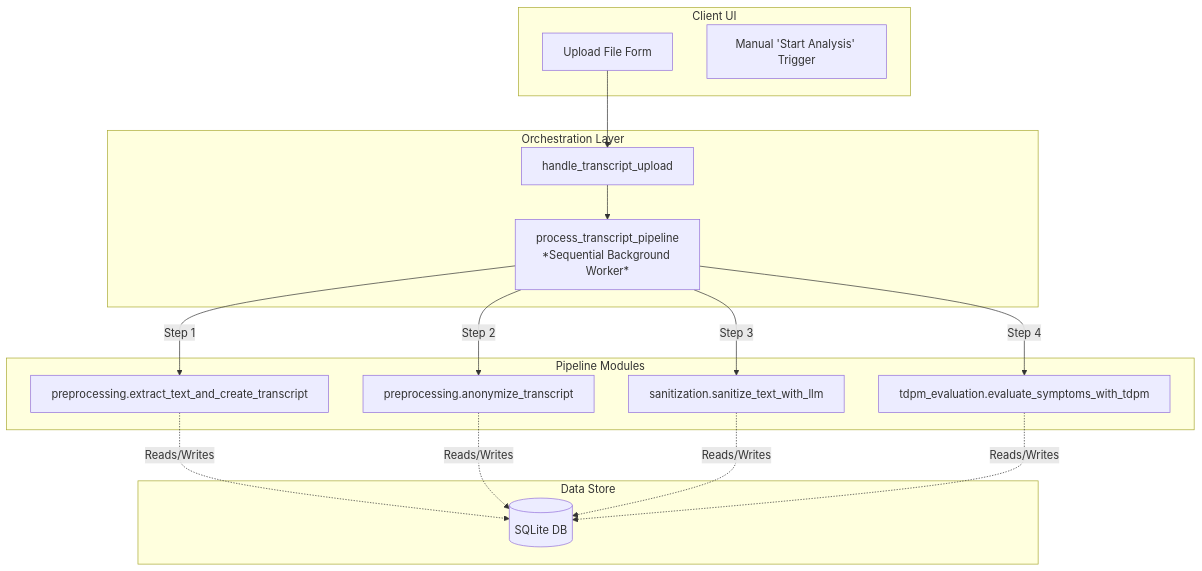
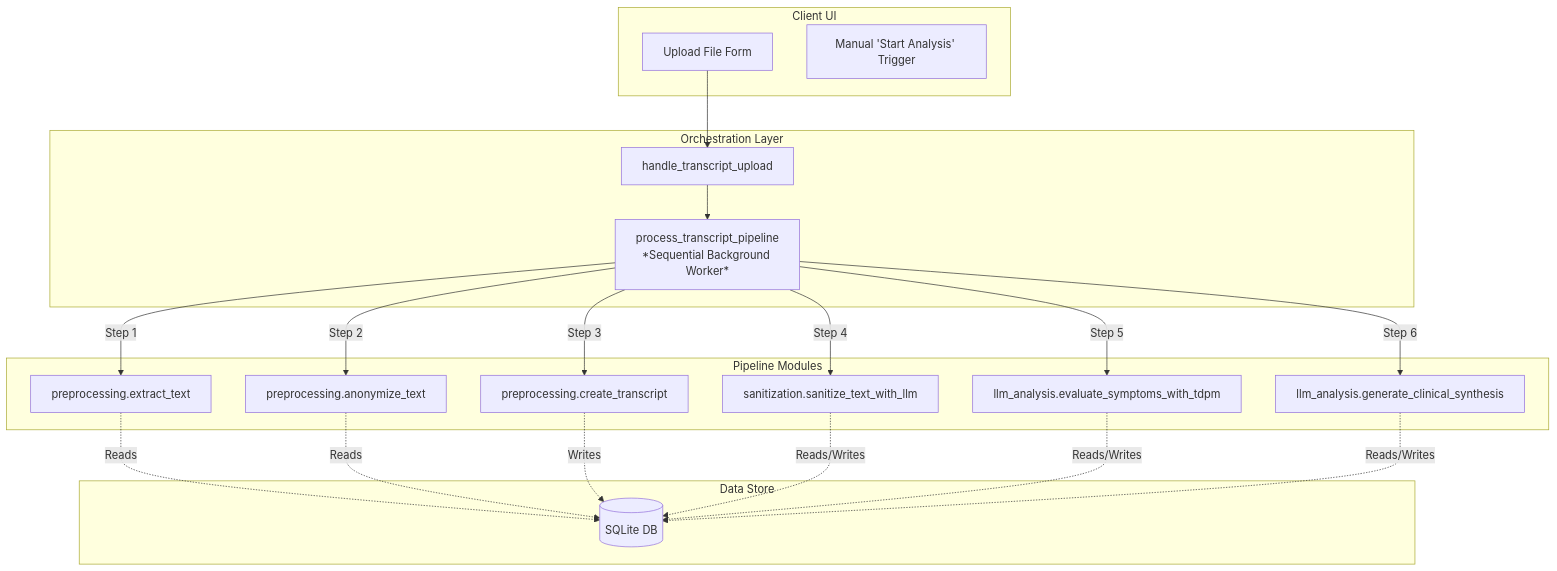
Before and after one commit to wpramio/symptoms-analyser: the diagram in docs/transcript_analysis_pipeline_decoupling_analysis.md, drawn with Mermaid. The commit also changed other lines of this file and 11 other files, not shown here.

First line of the commit message:
refactor: rework transcript pipeline into preprocessing & llm_analysis

````diff
--- a/docs/transcript_analysis_pipeline_decoupling_analysis.md
+++ b/docs/transcript_analysis_pipeline_decoupling_analysis.md
@@ -11,37 +11,43 @@
 ```mermaid
 flowchart TD
     subgraph Client [Client UI]
         Upload[Upload File Form]
         TriggerAnalyze[Manual 'Start Analysis' Trigger]
     end
 
     subgraph Orchestrator [Orchestration Layer]
         UploadHandler[handle_transcript_upload]
         ThreadLinear[process_transcript_pipeline\n*Sequential Background Worker*]
     end
 
     subgraph Modules [Pipeline Modules]
-        Extract[preprocessing.extract_text_and_create_transcript]
-        Anon[preprocessing.anonymize_transcript]
+        Extract[preprocessing.extract_text]
+        Anon[preprocessing.anonymize_text]
+        Create[preprocessing.create_transcript]
         Sanitize[sanitization.sanitize_text_with_llm]
-        TDPM[tdpm_evaluation.evaluate_symptoms_with_tdpm]
+        TDPM[llm_analysis.evaluate_symptoms_with_tdpm]
+        Synth[llm_analysis.generate_clinical_synthesis]
     end
 
     subgraph Data [Data Store]
         DB[(SQLite DB)]
     end
 
     Upload --> UploadHandler
     UploadHandler --> ThreadLinear
     
     %% Current Flow (Solid Arrows)
     ThreadLinear -->|Step 1| Extract
     ThreadLinear -->|Step 2| Anon
-    ThreadLinear -->|Step 3| Sanitize
-    ThreadLinear -->|Step 4| TDPM
+    ThreadLinear -->|Step 3| Create
+    ThreadLinear -->|Step 4| Sanitize
+    ThreadLinear -->|Step 5| TDPM
+    ThreadLinear -->|Step 6| Synth
     
-    Extract -.->|Reads/Writes| DB
-    Anon -.->|Reads/Writes| DB
+    Extract -.->|Reads| DB
+    Anon -.->|Reads| DB
+    Create -.->|Writes| DB
     Sanitize -.->|Reads/Writes| DB
     TDPM -.->|Reads/Writes| DB
+    Synth -.->|Reads/Writes| DB
 ```
````
